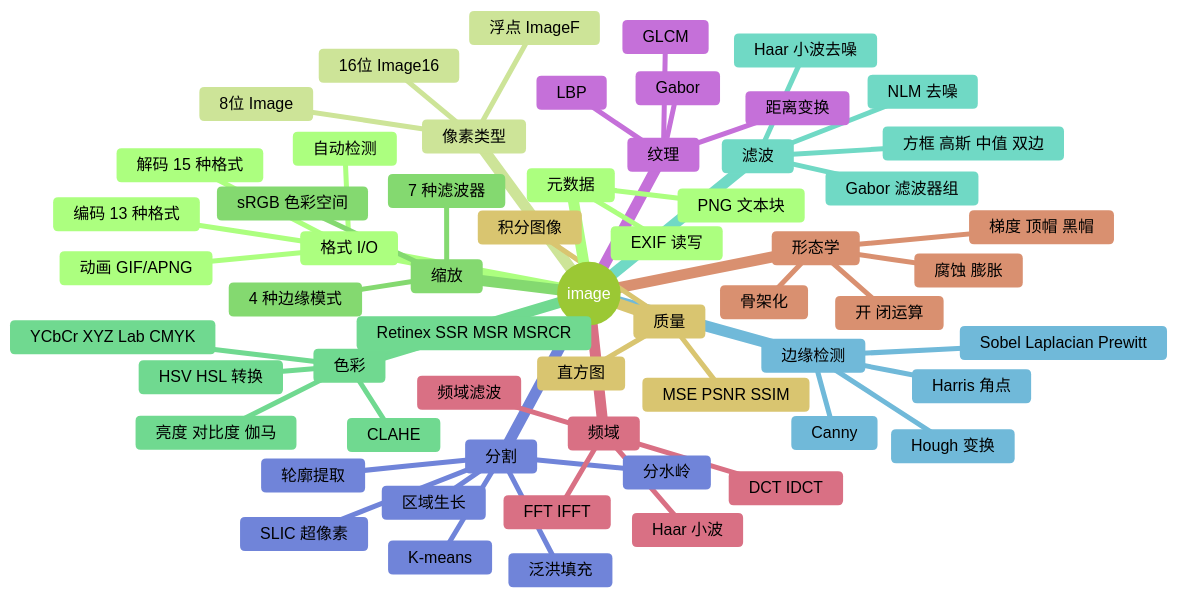
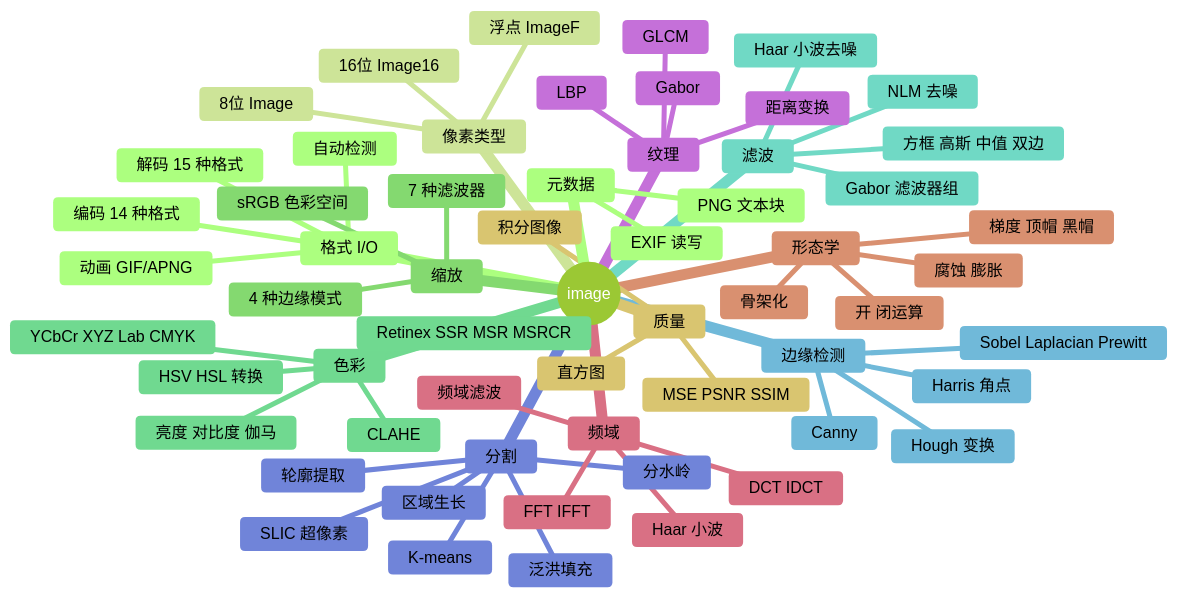
One commit to toadium/stb-image changed the first of 14 diagrams in docs/architecture.md. Above: the diagram before and after it, drawn with Mermaid (forest theme). The commit also changed other lines of this file and 6 other files, not shown here.

````diff
--- a/docs/architecture.md
+++ b/docs/architecture.md
@@ -11,62 +11,62 @@
 ```mermaid
 mindmap
   root((image))
     格式 I/O
       解码 15 种格式
-      编码 13 种格式
+      编码 14 种格式
       自动检测
       动画 GIF/APNG
     像素类型
       8位 Image
       16位 Image16
       浮点 ImageF
     缩放
       7 种滤波器
       4 种边缘模式
       sRGB 色彩空间
     色彩
       HSV HSL 转换
       YCbCr XYZ Lab CMYK
       亮度 对比度 伽马
       CLAHE
       Retinex SSR MSR MSRCR
     滤波
       方框 高斯 中值 双边
       Gabor 滤波器组
       NLM 去噪
       Haar 小波去噪
     边缘检测
       Sobel Laplacian Prewitt
       Canny
       Harris 角点
       Hough 变换
     分割
       K-means
       区域生长
       分水岭
       轮廓提取
       泛洪填充
       SLIC 超像素
     纹理
       LBP
       GLCM
       Gabor
       距离变换
     频域
       FFT IFFT
       DCT IDCT
       频域滤波
       Haar 小波
     形态学
       腐蚀 膨胀
       开 闭运算
       梯度 顶帽 黑帽
       骨架化
     质量
       MSE PSNR SSIM
       直方图
       积分图像
     元数据
       EXIF 读写
       PNG 文本块
 ```
````
